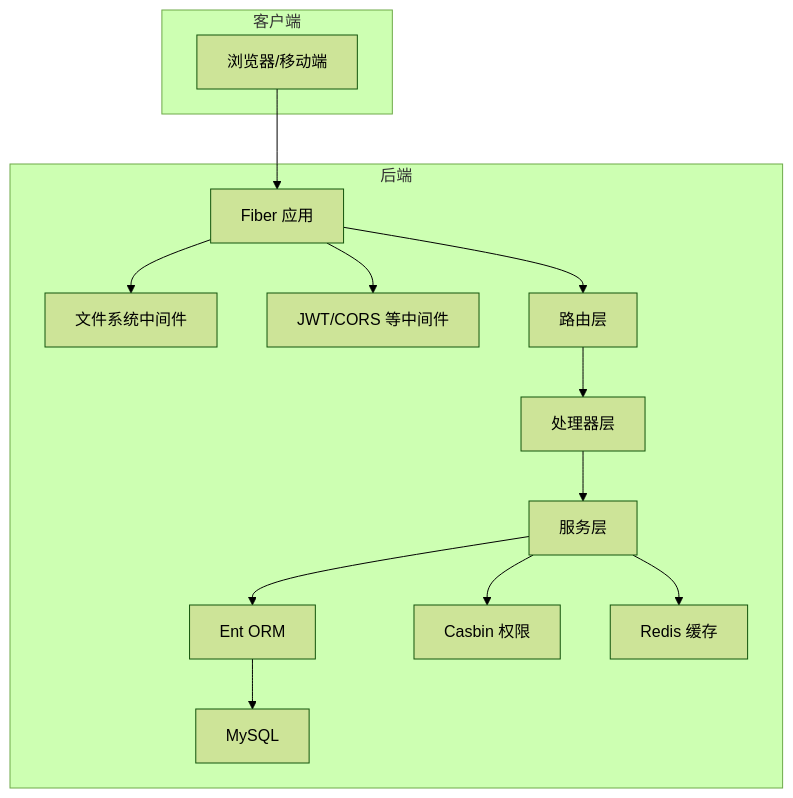
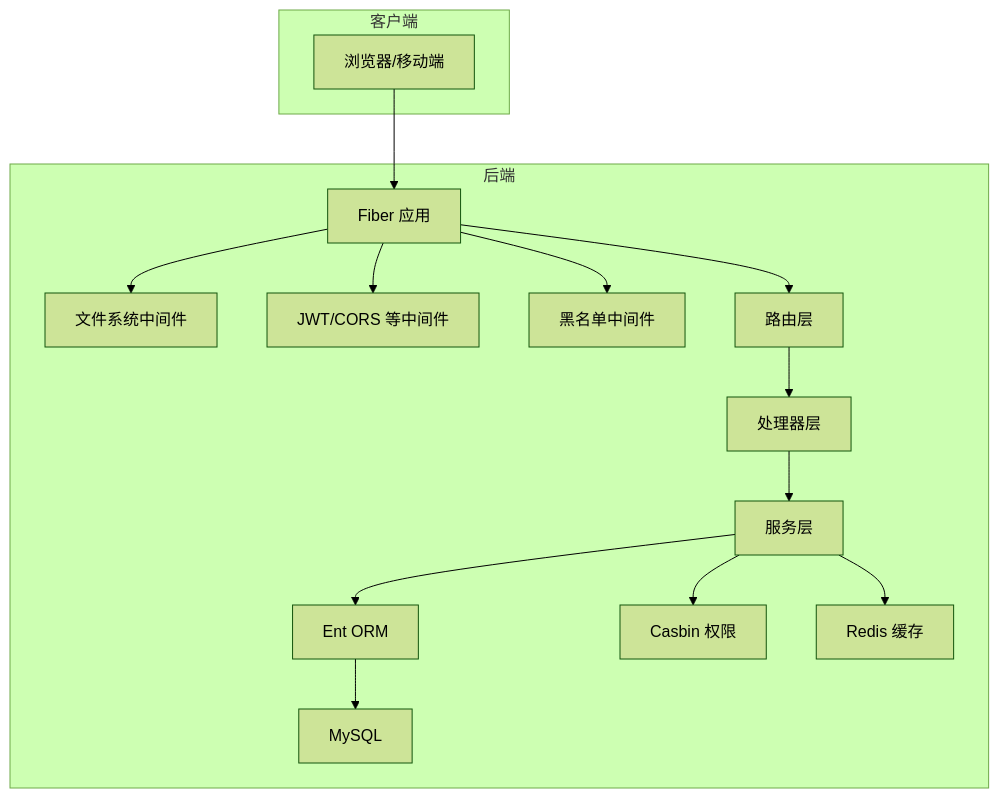
Before and after one commit to wuwuseo/e-sports-go-admin: the second of 4 diagrams in .qoder/repowiki/zh/content/开发指南/开发环境搭建.md, drawn with Mermaid (forest theme). The commit also changed other lines of this file and 42 other files, not shown here.

````diff
--- a/.qoder/repowiki/zh/content/开发指南/开发环境搭建.md
+++ b/.qoder/repowiki/zh/content/开发指南/开发环境搭建.md
@@ -79,28 +79,30 @@
 ```mermaid
 graph TB
 subgraph "客户端"
 U["浏览器/移动端"]
 end
 subgraph "后端"
 F["Fiber 应用"]
 MW1["文件系统中间件"]
 MW2["JWT/CORS 等中间件"]
+MW3["黑名单中间件"]
 R["路由层"]
 H["处理器层"]
 S["服务层"]
 O["Ent ORM"]
 DB["MySQL"]
 C["Casbin 权限"]
 RC["Redis 缓存"]
 end
 U --> F
 F --> MW1
 F --> MW2
+F --> MW3
 F --> R
 R --> H
 H --> S
 S --> O
 O --> DB
 S --> C
 S --> RC
 ```
````
